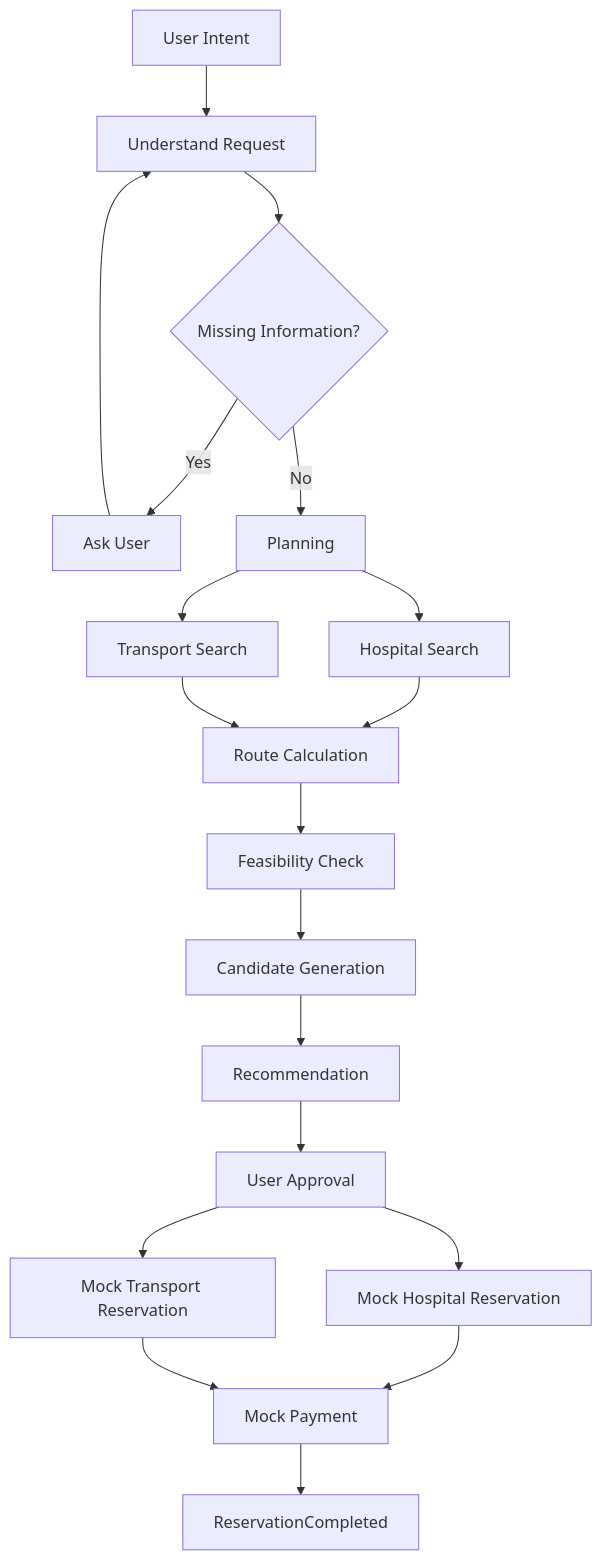
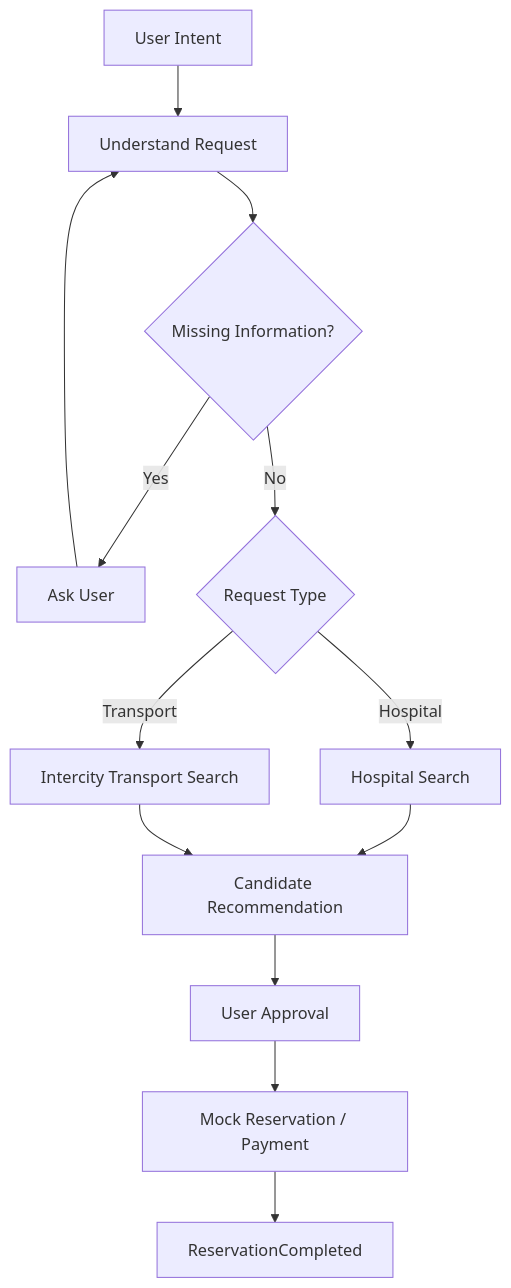
One commit to tonylee221b/domi-agent changed the first of 2 diagrams in docs/PROJECT.md. Above: the diagram before and after it, drawn with Mermaid. The commit also changed other lines of this file and 23 other files, not shown here.

````diff
--- a/docs/PROJECT.md
+++ b/docs/PROJECT.md
@@ -56,21 +53,15 @@
 ```mermaid
 flowchart TD
     A["User Intent"] --> B["Understand Request"]
     B --> C{"Missing Information?"}
     C -- Yes --> D["Ask User"]
     D --> B
-    C -- No --> E["Planning"]
-    E --> F["Hospital Search"]
-    E --> G["Transport Search"]
-    F --> H["Route Calculation"]
+    C -- No --> E{"Request Type"}
+    E -- Hospital --> F["Hospital Search"]
+    E -- Transport --> G["Intercity Transport Search"]
+    F --> H["Candidate Recommendation"]
     G --> H
-    H --> I["Feasibility Check"]
-    I --> J["Candidate Generation"]
-    J --> K["Recommendation"]
-    K --> L["User Approval"]
-    L --> M["Mock Hospital Reservation"]
-    L --> N["Mock Transport Reservation"]
-    M --> O["Mock Payment"]
-    N --> O
-    O --> P["ReservationCompleted"]
+    H --> I["User Approval"]
+    I --> J["Mock Reservation / Payment"]
+    J --> K["ReservationCompleted"]
 ```
````
